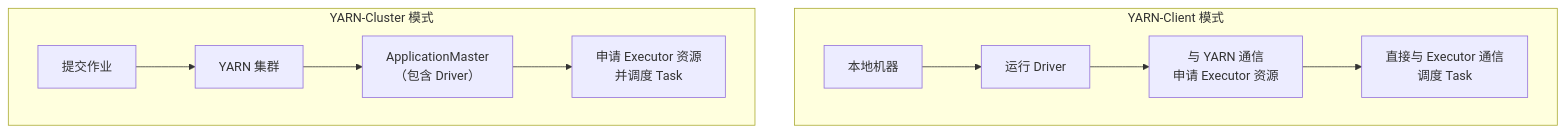
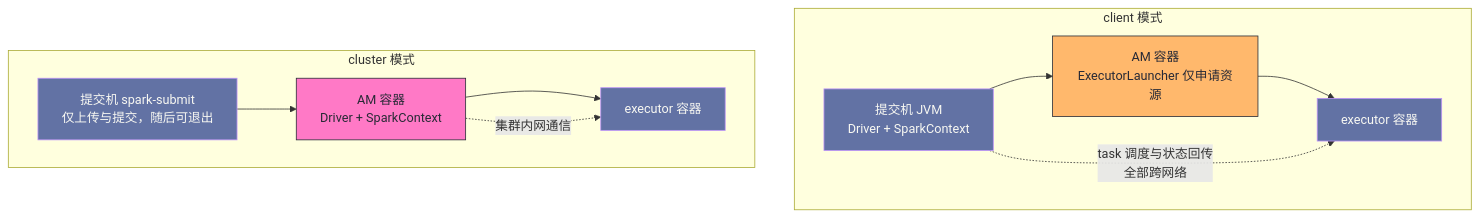
One commit to hpliStartAgain/my-brain changed the second of 6 diagrams in content/大数据/Spark/读书笔记-spark内核/06_性能调优实战/8. Spark_on_YARN性能调优.md. Above: the diagram before and after it, drawn with Mermaid. The commit also changed other lines of this file and 259 other files, not shown here.

````diff
--- a/content/大数据/Spark/读书笔记-spark内核/06_性能调优实战/8. Spark_on_YARN性能调优.md
+++ b/content/大数据/Spark/读书笔记-spark内核/06_性能调优实战/8. Spark_on_YARN性能调优.md
@@ -77,14 +104,21 @@
 ```mermaid
+%%{init: {'theme': 'dracula'}}%%
 flowchart TD
-    subgraph "YARN-Client 模式"
-        A["本地机器"] --> B["运行 Driver"]
-        B --> C["与 YARN 通信<br>申请 Executor 资源"]
-        C --> D["直接与 Executor 通信<br>调度 Task"]
+    subgraph CL["client 模式"]
+        C1["提交机 JVM<br/>Driver + SparkContext"] --> C2["AM 容器<br/>ExecutorLauncher 仅申请资源"]
+        C2 --> C3["executor 容器"]
+        C1 -. "task 调度与状态回传<br/>全部跨网络" .-> C3
     end
-    
-    subgraph "YARN-Cluster 模式"
-        E["提交作业"] --> F["YARN 集群"]
-        F --> G["ApplicationMaster<br>（包含 Driver）"]
-        G --> H["申请 Executor 资源<br>并调度 Task"]
+    subgraph CM["cluster 模式"]
+        M1["提交机 spark-submit<br/>仅上传与提交，随后可退出"] --> M2["AM 容器<br/>Driver + SparkContext"]
+        M2 --> M3["executor 容器"]
+        M2 -. "集群内网通信" .-> M3
     end
+    classDef box fill:#6272a4,stroke:#bd93f9,color:#f8f8f2
+    classDef drv fill:#ff79c6,stroke:#282a36,color:#282a36
+    classDef am fill:#ffb86c,stroke:#282a36,color:#282a36
+    class C1,M1 box
+    class C2 am
+    class M2 drv
+    class C3,M3 box
 ```
````
